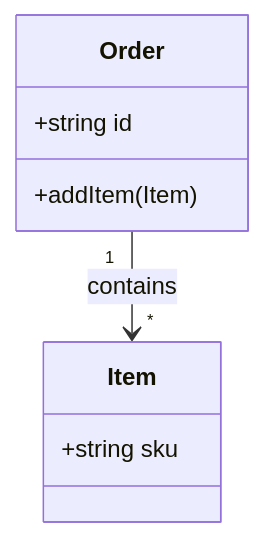
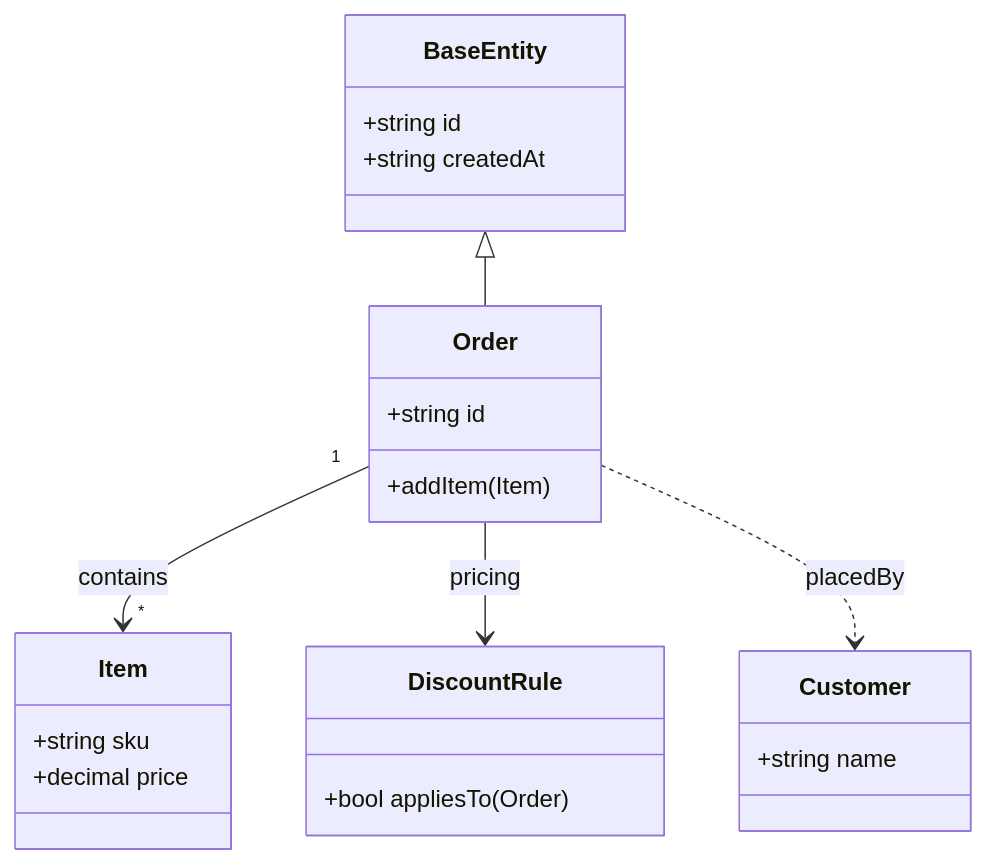
The diagram in examples/sync-demo/diagrams/order-domain-class.uml.md (shelltdf/uml_mcp), drawn with Mermaid before and after one commit. The commit also changed other lines of this file and 16 other files, not shown here.

Commit message:
更新视图

````diff
--- a/examples/sync-demo/diagrams/order-domain-class.uml.md
+++ b/examples/sync-demo/diagrams/order-domain-class.uml.md
@@ -5,11 +7,25 @@
 ```mermaid
 classDiagram
+  class BaseEntity {
+    +string id
+    +string createdAt
+  }
   class Order {
     +string id
     +addItem(Item)
   }
   class Item {
     +string sku
+    +decimal price
   }
+  class DiscountRule {
+    +bool appliesTo(Order)
+  }
+  class Customer {
+    +string name
+  }
+  BaseEntity <|-- Order
   Order "1" --> "*" Item : contains
+  Order --> DiscountRule : pricing
+  Order ..> Customer : placedBy
 ```
````
